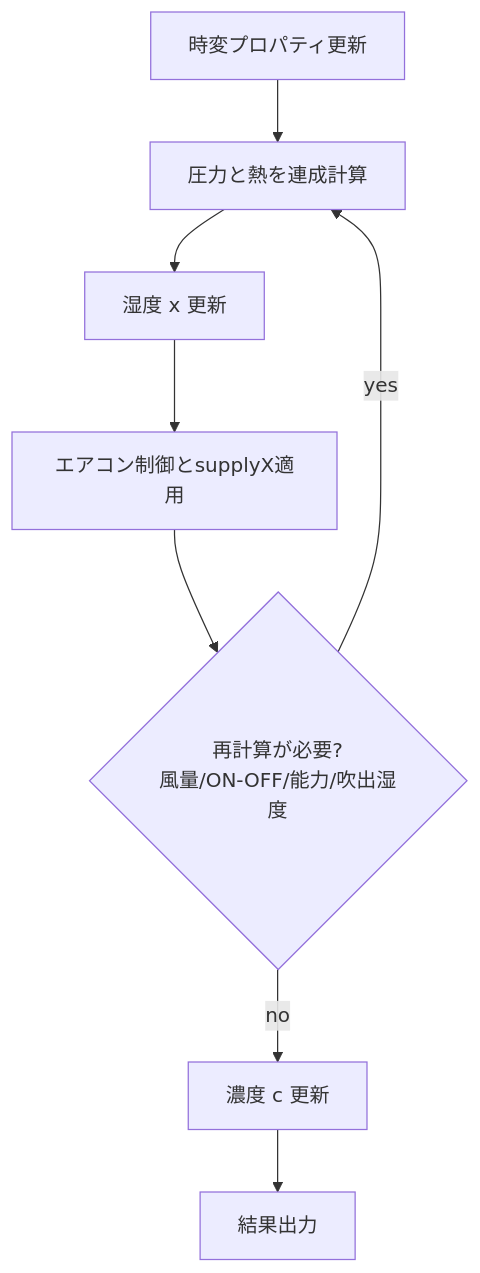
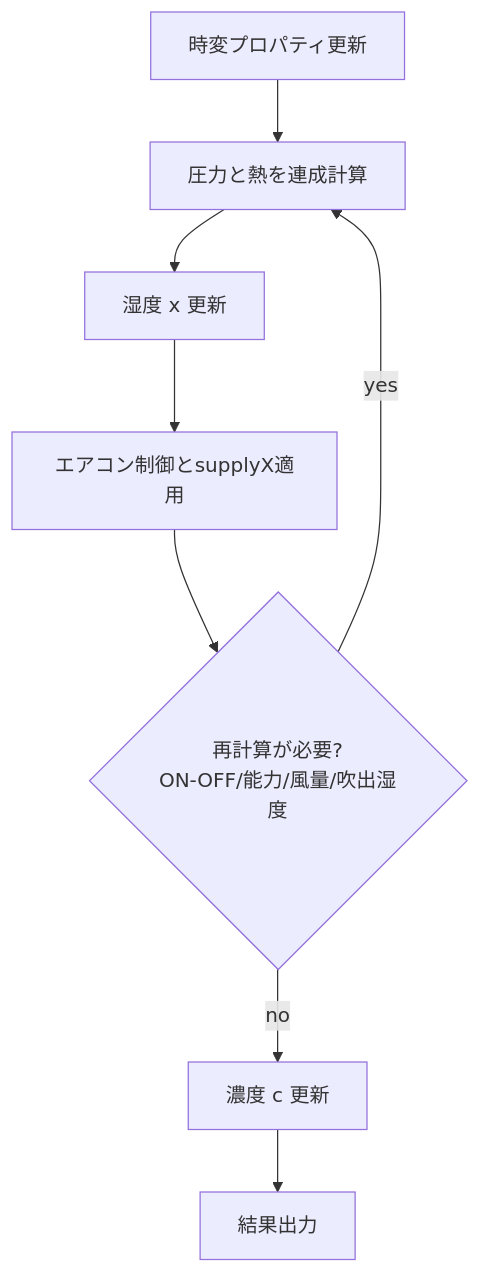
Before and after one commit to iguchi-lab/vtsimnx: the third of 5 diagrams in engine/docs/aircon_control_overview.md, drawn with Mermaid. The commit also changed other lines of this file and 19 other files, not shown here.

````diff
--- a/engine/docs/aircon_control_overview.md
+++ b/engine/docs/aircon_control_overview.md
@@ -84,18 +84,18 @@
 ```mermaid
 flowchart TD
     updateProps[時変プロパティ更新]
     coupledSolve[圧力と熱を連成計算]
     updateHumidity[湿度 x 更新]
     airconControl[エアコン制御とsupplyX適用]
-    maybeRecompute{再計算が必要?<br/>風量/ON-OFF/能力/吹出湿度}
+    maybeRecompute{再計算が必要?<br/>ON-OFF/能力/風量/吹出湿度}
     updateConcentration[濃度 c 更新]
     writeResult[結果出力]
 
     updateProps --> coupledSolve
     coupledSolve --> updateHumidity
     updateHumidity --> airconControl
     airconControl --> maybeRecompute
     maybeRecompute -->|yes| coupledSolve
     maybeRecompute -->|no| updateConcentration
     updateConcentration --> writeResult
 ```
````
